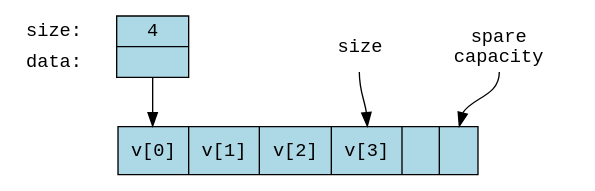
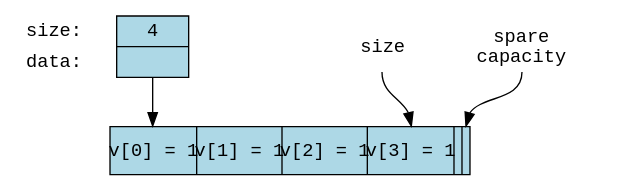
One commit to townmath/cisp400-reader changed the second of 2 diagrams in _sources/string+vector/vector.rst. Above: the diagram before and after it, drawn with Graphviz. The commit also changed other lines of this file, not shown here.

```diff
--- a/_sources/string+vector/vector.rst
+++ b/_sources/string+vector/vector.rst
@@ -81,30 +358,28 @@
 .. graphviz:: 
 
    digraph {
    node [
         fontname = "Courier"
         fontsize = 14
         shape = "record"
         style=filled
         fillcolor=lightblue
      ]
      names [ 
         color = white;
         fillcolor=white;
         label = "{size: | <f0> data: }";
      ]
      struct [
         label = "{4 | <f0> }";
      ]
-
      node [shape=record, color=black, fontcolor=black, fillcolor=white, width=3.75, fixedsize=true];
      labels [label="<f0> | <f4> size | <f5> spare\ncapacity ", color=white];
-     values [label="<f0> v[0] | <f1> v[1] | <f2> v[2] | <f3> v[3] | | <f5> ", 
+     values [label="<f0> v[0] = 1 | <f1> v[1] = 1 | <f2> v[2] = 1 | <f3> v[3] = 1 | | <f5> ", 
              color=black, fillcolor=lightblue, style=filled];
-
      edge [color=black];
      struct:f0:s -> values:f0;
      labels:f4 -> values:f3;
      labels:f5 -> values:f5;
      {rank=same; struct,labels};
    }
```
